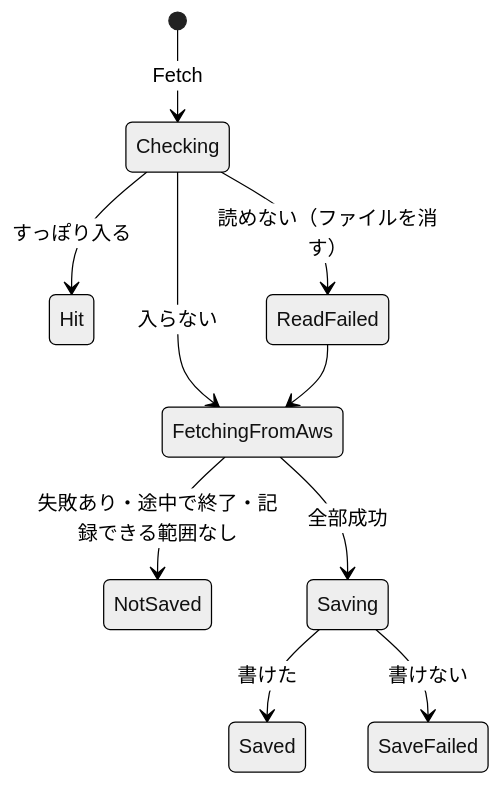
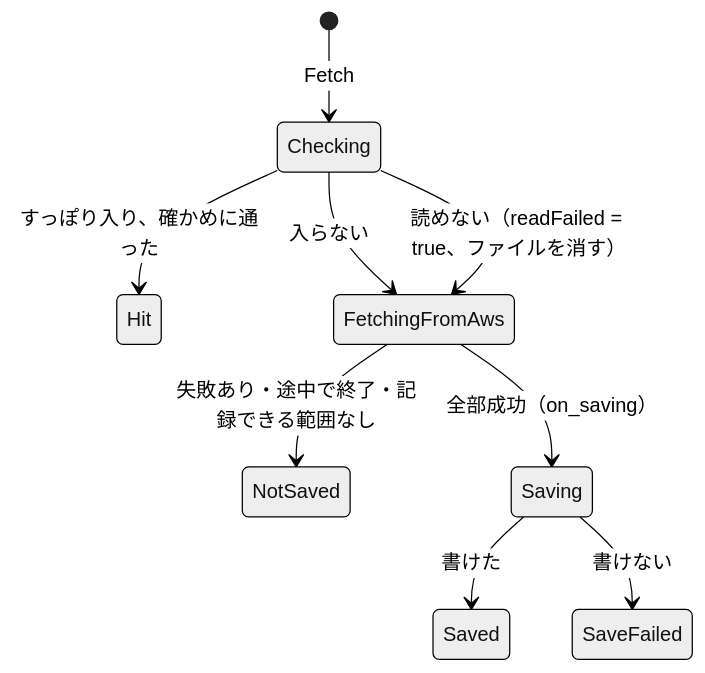
One commit to kdnakt/local-sights changed the third of 4 diagrams in aidlc/spaces/default/intents/261002-cwlogs-viewer/construction/u6-disk-cache/functional-design/functional-spec.md. Above: the diagram before and after it, drawn with Mermaid (neutral theme). The commit also changed other lines of this file and 5 other files, not shown here.

````diff
--- a/aidlc/spaces/default/intents/261002-cwlogs-viewer/construction/u6-disk-cache/functional-design/functional-spec.md
+++ b/aidlc/spaces/default/intents/261002-cwlogs-viewer/construction/u6-disk-cache/functional-design/functional-spec.md
@@ -88,12 +92,11 @@
 ```mermaid
 stateDiagram-v2
   [*] --> Checking : Fetch
-  Checking --> Hit : すっぽり入る
+  Checking --> Hit : すっぽり入り、確かめに通った
   Checking --> FetchingFromAws : 入らない
-  Checking --> ReadFailed : 読めない（ファイルを消す）
-  ReadFailed --> FetchingFromAws
+  Checking --> FetchingFromAws : 読めない（readFailed = true、ファイルを消す）
   FetchingFromAws --> NotSaved : 失敗あり・途中で終了・記録できる範囲なし
-  FetchingFromAws --> Saving : 全部成功
+  FetchingFromAws --> Saving : 全部成功（on_saving）
   Saving --> Saved : 書けた
   Saving --> SaveFailed : 書けない
 ```
````
